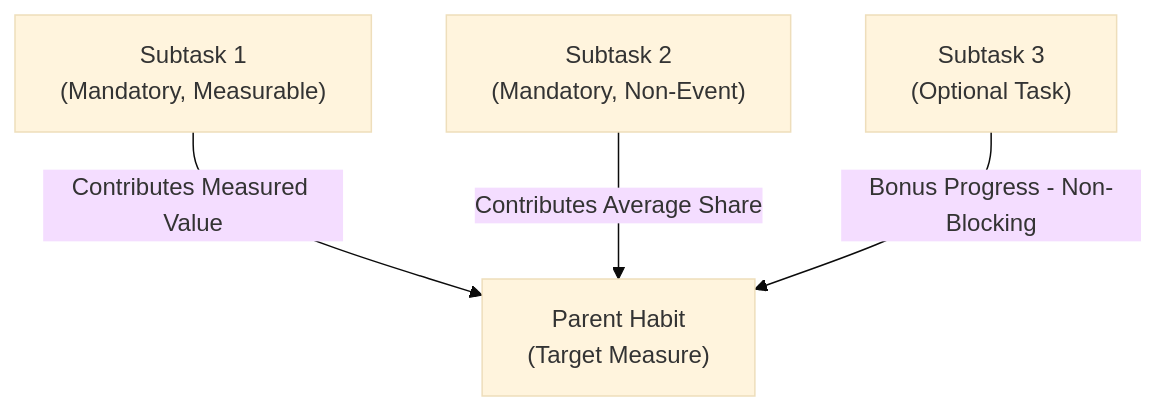
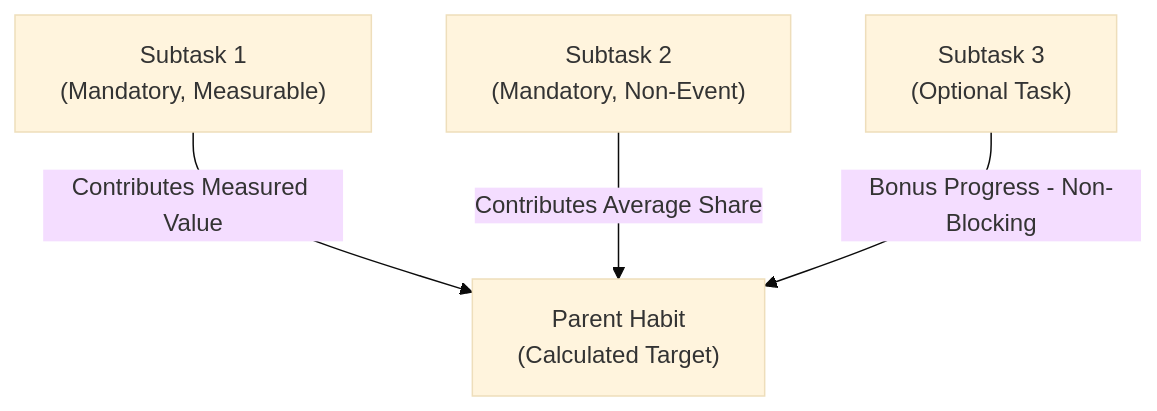
Before and after one commit to premnarayn13/Habit_Hacker: the second of 3 diagrams in README.md, drawn with Mermaid (base theme). The commit also changed other lines of this file, not shown here.

````diff
--- a/README.md
+++ b/README.md
@@ -335,11 +271,11 @@
 ```mermaid
 graph TD
-    Parent["Parent Habit<br/>(Target Measure)"]
+    Parent["Parent Habit<br/>(Calculated Target)"]
     M1["Subtask 1<br/>(Mandatory, Measurable)"]
     M2["Subtask 2<br/>(Mandatory, Non-Event)"]
     O1["Subtask 3<br/>(Optional Task)"]
 
     M1 -->|"Contributes Measured Value"| Parent
     M2 -->|"Contributes Average Share"| Parent
     O1 -->|"Bonus Progress - Non-Blocking"| Parent
 ```
````
